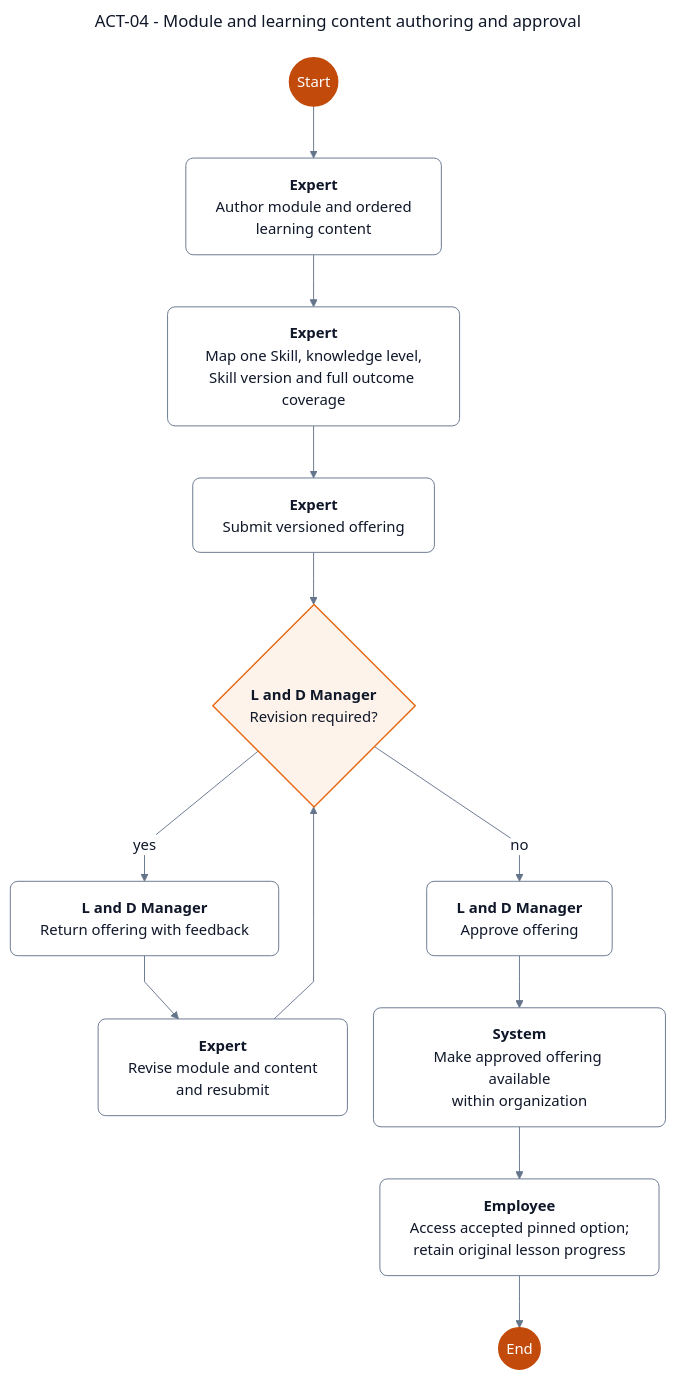
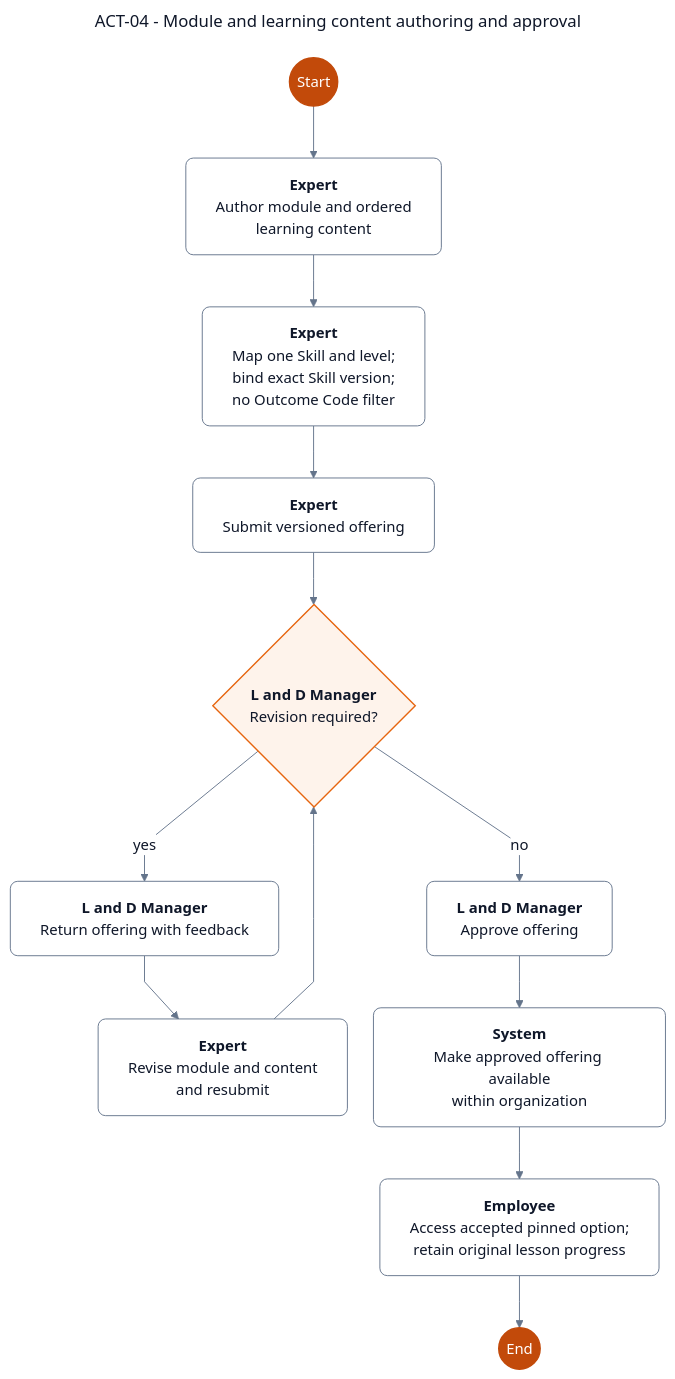
One commit to SEP490-Fall-2026-GFA26SE64/SEP490 changed the diagram in documents/diagrams/mermaid/act-04.mmd. Above: the diagram before and after it, drawn with Mermaid. The commit also changed 136 other files, not shown here.

```diff
--- a/documents/diagrams/mermaid/act-04.mmd
+++ b/documents/diagrams/mermaid/act-04.mmd
@@ -1,34 +1,34 @@
 ---
 title: "ACT-04 - Module and learning content authoring and approval"
 config: {"theme":"base","fontFamily":"Segoe UI, Arial, sans-serif","themeVariables":{"fontFamily":"Segoe UI, Arial, sans-serif","fontSize":"16px","primaryColor":"#ffffff","primaryTextColor":"#0f1729","primaryBorderColor":"#64748b","secondaryColor":"#fef3eb","tertiaryColor":"#ffffff","lineColor":"#64748b","textColor":"#0f1729","mainBkg":"#ffffff","background":"#ffffff","clusterBkg":"#ffffff","clusterBorder":"#64748b","edgeLabelBackground":"#ffffff","titleColor":"#0f1729","noteBkgColor":"#fef3eb","noteTextColor":"#0f1729","noteBorderColor":"#e6650f","secondaryBorderColor":"#64748b","tertiaryBorderColor":"#64748b","secondaryTextColor":"#0f1729","tertiaryTextColor":"#0f1729"},"layout":"dagre","elk":{"mergeEdges":false,"nodePlacementStrategy":"NETWORK_SIMPLEX"},"flowchart":{"htmlLabels":true,"nodeSpacing":28,"rankSpacing":56,"curve":"linear","diagramPadding":24,"padding":16,"wrappingWidth":250}}
 ---
 
 flowchart TD
     SRS_ACT_04_N1(("Start"))
     SRS_ACT_04_N2["<b>Expert</b><br/>Author module and ordered<br/>learning content"]
-    SRS_ACT_04_N3["<b>Expert</b><br/>Map one Skill, knowledge level,<br/>Skill version and full outcome coverage"]
+    SRS_ACT_04_N3["<b>Expert</b><br/>Map one Skill and level;<br/>bind exact Skill version;<br/>no Outcome Code filter"]
     SRS_ACT_04_N4["<b>Expert</b><br/>Submit versioned offering"]
     SRS_ACT_04_N7["<b>Expert</b><br/>Revise module and content<br/>and resubmit"]
     SRS_ACT_04_N5{"<b>L and D Manager</b><br/>Revision required?"}
     SRS_ACT_04_N6["<b>L and D Manager</b><br/>Return offering with feedback"]
     SRS_ACT_04_N8["<b>L and D Manager</b><br/>Approve offering"]
     SRS_ACT_04_N9["<b>System</b><br/>Make approved offering available<br/>within organization"]
     SRS_ACT_04_N10["<b>Employee</b><br/>Access accepted pinned option;<br/>retain original lesson progress"]
     SRS_ACT_04_N11(("End"))
   SRS_ACT_04_N1 --> SRS_ACT_04_N2
   SRS_ACT_04_N2 --> SRS_ACT_04_N3
   SRS_ACT_04_N3 --> SRS_ACT_04_N4
   SRS_ACT_04_N4 --> SRS_ACT_04_N5
   SRS_ACT_04_N5 -->|"yes"| SRS_ACT_04_N6
   SRS_ACT_04_N6 --> SRS_ACT_04_N7
   SRS_ACT_04_N7 --> SRS_ACT_04_N5
   SRS_ACT_04_N5 -->|"no"| SRS_ACT_04_N8
   SRS_ACT_04_N8 --> SRS_ACT_04_N9
   SRS_ACT_04_N9 --> SRS_ACT_04_N10
   SRS_ACT_04_N10 --> SRS_ACT_04_N11
 
   classDef default fill:#ffffff,stroke:#64748b,color:#0f1729,stroke-width:1px,rx:8,ry:8
   classDef decision fill:#fef3eb,stroke:#e6650f,color:#0f1729,stroke-width:1.5px
   class SRS_ACT_04_N5 decision
   classDef entry fill:#c24a0a,stroke:#c24a0a,color:#ffffff,stroke-width:1.5px
   class SRS_ACT_04_N1,SRS_ACT_04_N11 entry
```
